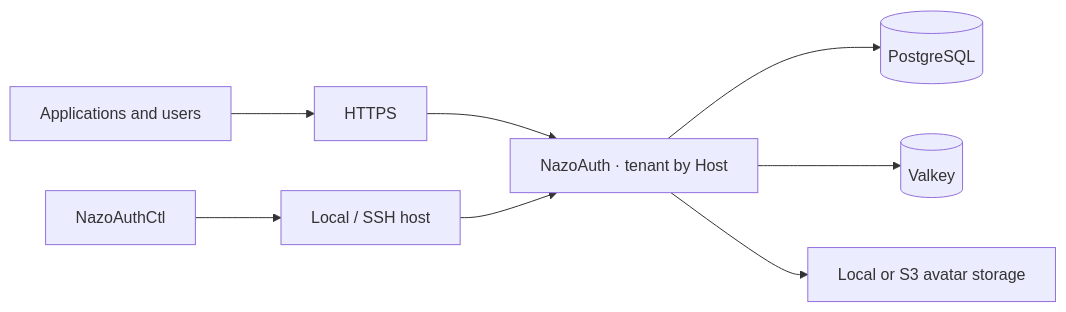
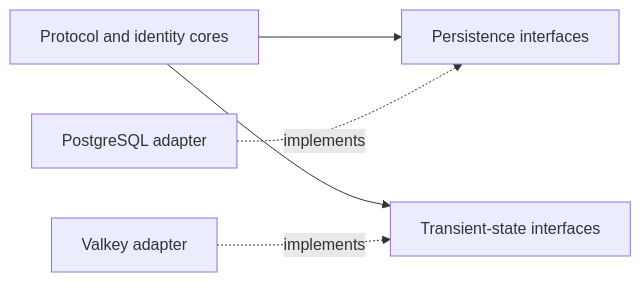
Before and after one commit to bymoye/oauth2: the diagram in README.md, drawn with Mermaid. The commit also changed other lines of this file and 6 other files, not shown here.

```diff
--- a/README.md
+++ b/README.md
@@ -119,10 +146,7 @@
 ~~~mermaid
 flowchart LR
-    Apps["Applications and users"] --> TLS["HTTPS"]
-    TLS --> Server["NazoAuth · tenant by Host"]
-    Server --> PG[("PostgreSQL")]
-    Server --> VK[("Valkey")]
-    Server --> Objects["Local or S3 avatar storage"]
-    Ctl["NazoAuthCtl"] --> Host["Local / SSH host"]
-    Host --> Server
+    Core["Protocol and identity cores"] --> Persistence["Persistence interfaces"]
+    Core --> State["Transient-state interfaces"]
+    PG["PostgreSQL adapter"] -. implements .-> Persistence
+    VK["Valkey adapter"] -. implements .-> State
 ~~~
```
